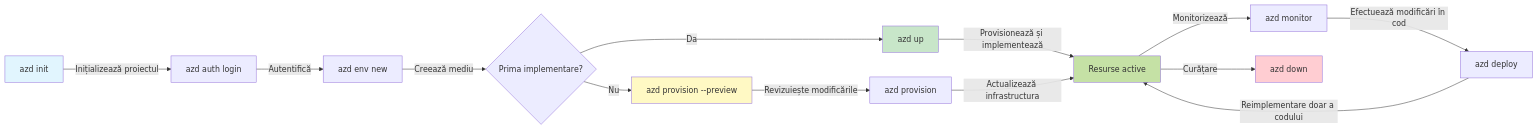
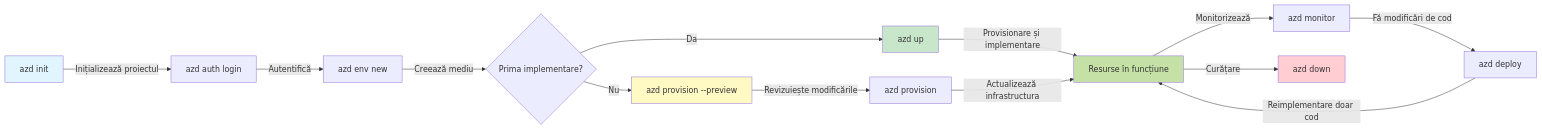
The first of 2 diagrams in translations/ro/docs/chapter-01-foundation/azd-basics.md (microsoft/AZD-for-beginners), drawn with Mermaid before and after one commit. The commit also changed other lines of this file and 104 other files, not shown here.

````diff
--- a/translations/ro/docs/chapter-01-foundation/azd-basics.md
+++ b/translations/ro/docs/chapter-01-foundation/azd-basics.md
@@ -269,21 +269,21 @@
 ```mermaid
 graph LR
     A[azd init] -->|Inițializează proiectul| B[azd auth login]
     B -->|Autentifică| C[azd env new]
     C -->|Creează mediu| D{Prima implementare?}
     D -->|Da| E[azd up]
     D -->|Nu| F[azd provision --preview]
     F -->|Revizuiește modificările| G[azd provision]
-    E -->|Provisionează și implementează| H[Resurse active]
+    E -->|Provisionare și implementare| H[Resurse în funcțiune]
     G -->|Actualizează infrastructura| H
     H -->|Monitorizează| I[azd monitor]
-    I -->|Efectuează modificări în cod| J[azd deploy]
-    J -->|Reimplementare doar a codului| H
+    I -->|Fă modificări de cod| J[azd deploy]
+    J -->|Reimplementare doar cod| H
     H -->|Curățare| K[azd down]
     
     style A fill:#e1f5fe
     style E fill:#c8e6c9
     style F fill:#fff9c4
     style H fill:#c5e1a5
     style K fill:#ffcdd2
 ```
````
